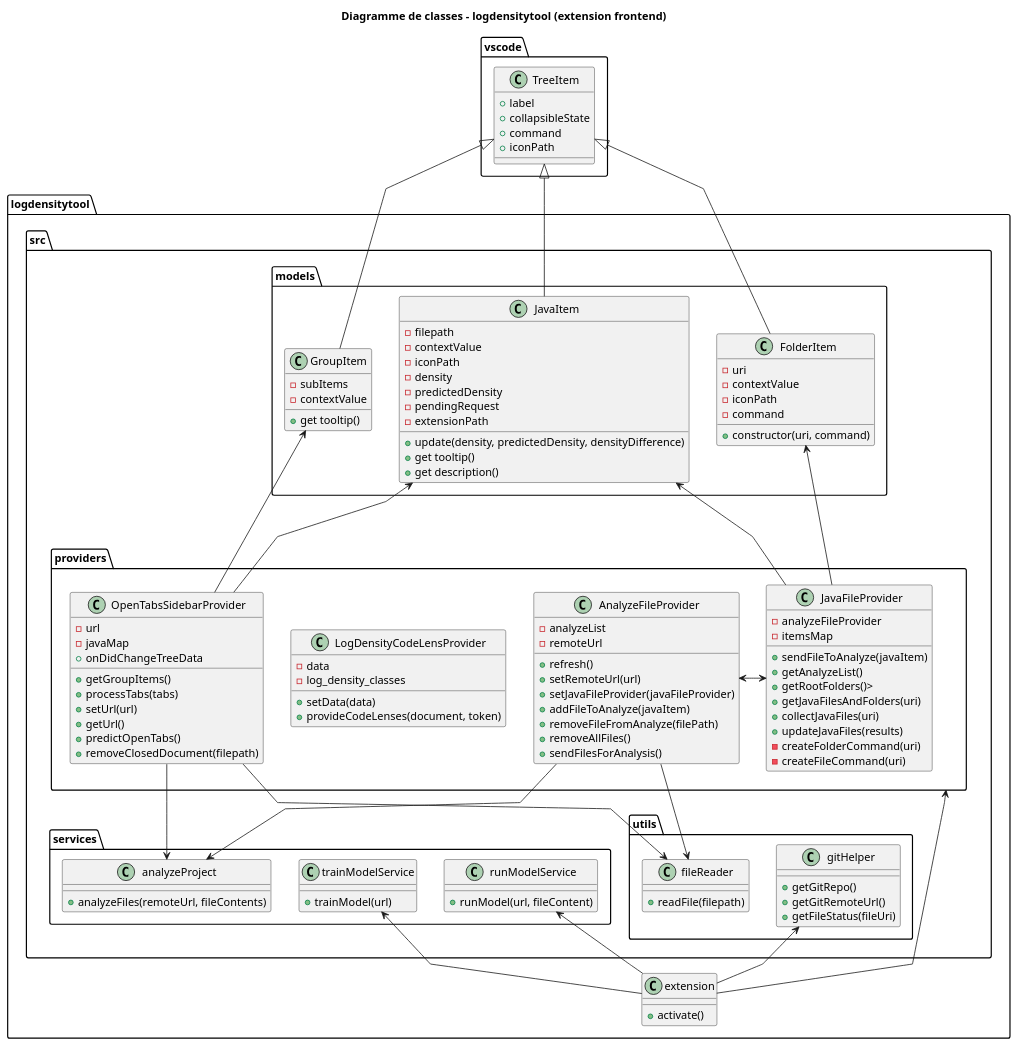
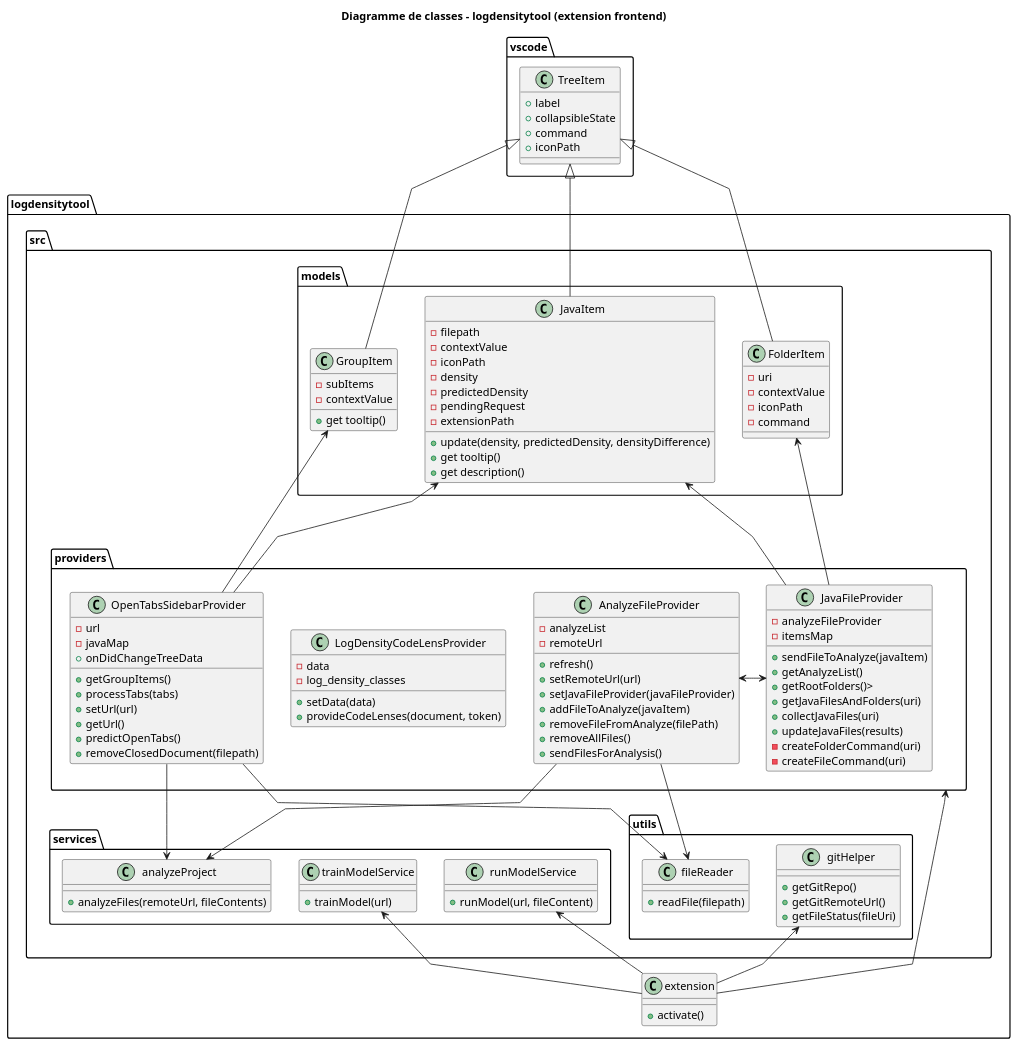
One commit to DaREf-MS/log-density-plugin changed the diagram in artifacts/classes - extension.puml. Above: the diagram before and after it, drawn with PlantUML.

Commit message:
forgot to delete something

```diff
--- a/artifacts/classes - extension.puml
+++ b/artifacts/classes - extension.puml
@@ -1,143 +1,142 @@
 @startuml
 skinparam linetype polyline
 
 title Diagramme de classes - logdensitytool (extension frontend)
 
 class vscode.TreeItem {
   +label
   +collapsibleState
   +command
   +iconPath
 }
 
 package logdensitytool {
     package src {
         package models {
             class FolderItem {
                 -uri
                 -contextValue
                 -iconPath
                 -command
-                +constructor(uri, command)
             }
 
             class GroupItem {
                 -subItems
                 -contextValue
                 +get tooltip()
             }
 
             class JavaItem {
                 -filepath
                 -contextValue
                 -iconPath
                 -density
                 -predictedDensity
                 -pendingRequest
                 -extensionPath
                 +update(density, predictedDensity, densityDifference)
                 +get tooltip()
                 +get description()
             }
 
             vscode.TreeItem <|-- FolderItem
             vscode.TreeItem <|-- GroupItem
             vscode.TreeItem <|-- JavaItem
         }
 
         package services {
             class analyzeProject {
                 +analyzeFiles(remoteUrl, fileContents)
             }
 
             class runModelService {
                 +runModel(url, fileContent)
             }
 
             class trainModelService {
                 +trainModel(url)
             }
         }
 
         package utils {
             class fileReader {
                 +readFile(filepath)
             }
 
             class gitHelper {
                 +getGitRepo()
                 +getGitRemoteUrl()
                 +getFileStatus(fileUri)
             }
         }
 
         package providers {
             class AnalyzeFileProvider {
                 -analyzeList
                 -remoteUrl
                 +refresh()
                 +setRemoteUrl(url)
                 +setJavaFileProvider(javaFileProvider)
                 +addFileToAnalyze(javaItem)
                 +removeFileFromAnalyze(filePath)
                 +removeAllFiles()
                 +sendFilesForAnalysis()
             }
             AnalyzeFileProvider <-> JavaFileProvider
 
             class JavaFileProvider {
                 -analyzeFileProvider
                 -itemsMap
                 +sendFileToAnalyze(javaItem)
                 +getAnalyzeList()
                 +getRootFolders()>
                 +getJavaFilesAndFolders(uri)
                 +collectJavaFiles(uri)
                 +updateJavaFiles(results)
                 -createFolderCommand(uri)
                 -createFileCommand(uri)
             }
 
             class LogDensityCodeLensProvider {
                 -data
                 -log_density_classes
                 +setData(data)
                 +provideCodeLenses(document, token)
             }
 
             class OpenTabsSidebarProvider {
                 -url
                 -javaMap
                 +onDidChangeTreeData
                 +getGroupItems()
                 +processTabs(tabs)
                 +setUrl(url)
                 +getUrl()
                 +predictOpenTabs()
                 +removeClosedDocument(filepath)
             }
         }
     }
 
     class extension {
         +activate()
     }
 
     extension -u-> trainModelService
     extension -u-> runModelService
     extension -u-> gitHelper
     extension -u-> providers
 
     AnalyzeFileProvider --> analyzeProject
     AnalyzeFileProvider --> fileReader
 
     JavaFileProvider -u--> FolderItem
     JavaFileProvider -u--> JavaItem
 
     OpenTabsSidebarProvider -u--> GroupItem
     OpenTabsSidebarProvider -u--> JavaItem
     OpenTabsSidebarProvider --> analyzeProject
     OpenTabsSidebarProvider --> fileReader
 }
 
 @enduml
```
